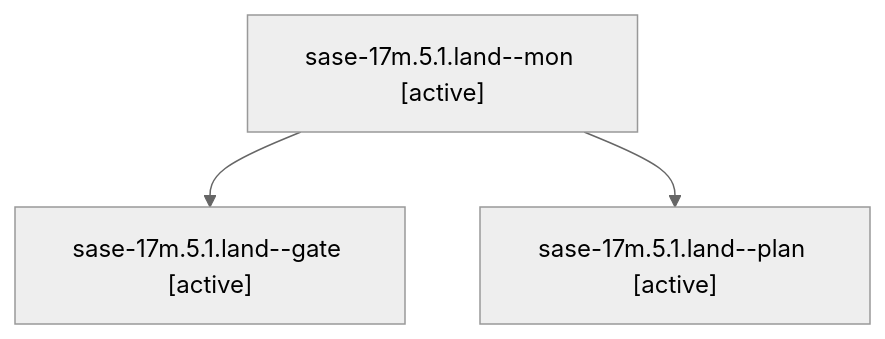
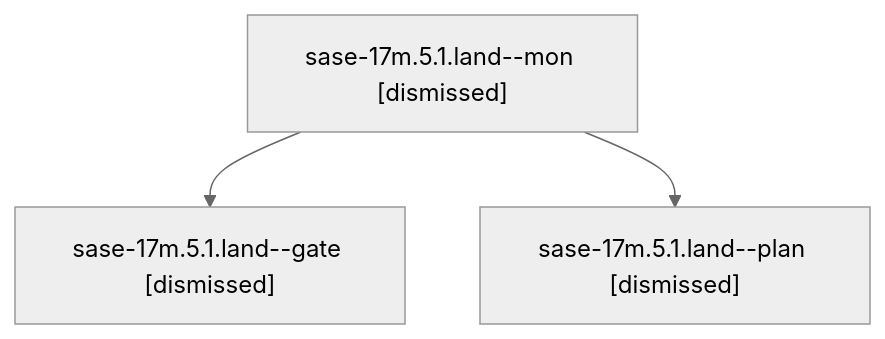
The diagram in sessions/bbugyi200.athena.sase-17m.5.1.land.md (sase-org/sase--agents), drawn with Mermaid (neutral theme) before and after one commit. The commit also changed other lines of this file and 179 other files, not shown here.

````diff
--- a/sessions/bbugyi200.athena.sase-17m.5.1.land.md
+++ b/sessions/bbugyi200.athena.sase-17m.5.1.land.md
@@ -9,8 +9,8 @@
 ```mermaid
 flowchart TD
-  n0["sase-17m.5.1.land--mon [active]"]
-  n1["sase-17m.5.1.land--gate [active]"]
+  n0["sase-17m.5.1.land--mon [dismissed]"]
+  n1["sase-17m.5.1.land--gate [dismissed]"]
   n0 --> n1
-  n2["sase-17m.5.1.land--plan [active]"]
+  n2["sase-17m.5.1.land--plan [dismissed]"]
   n0 --> n2
 ```
````
